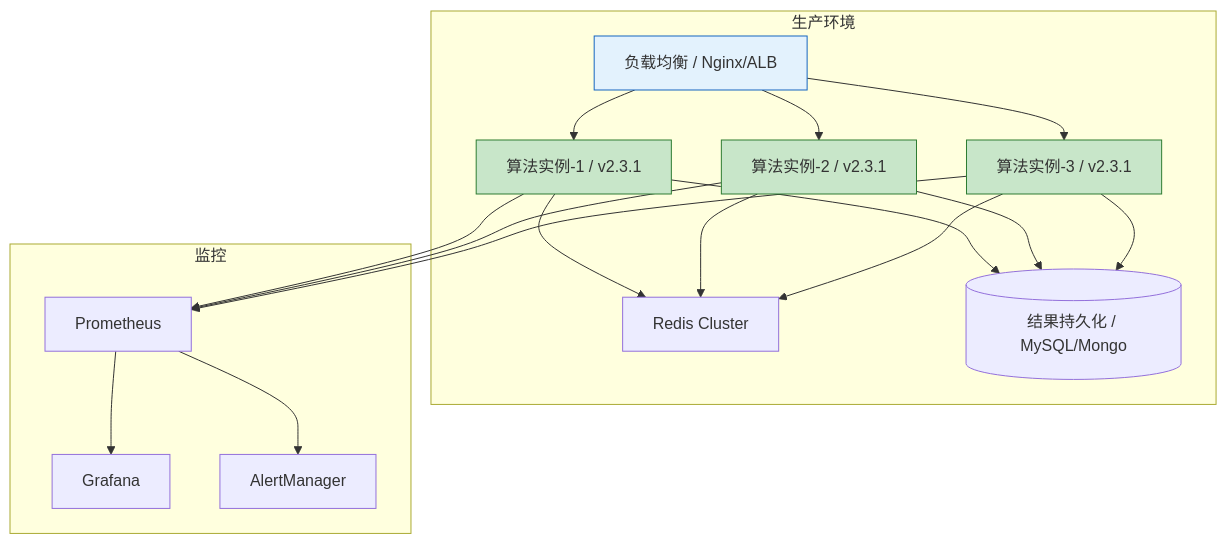
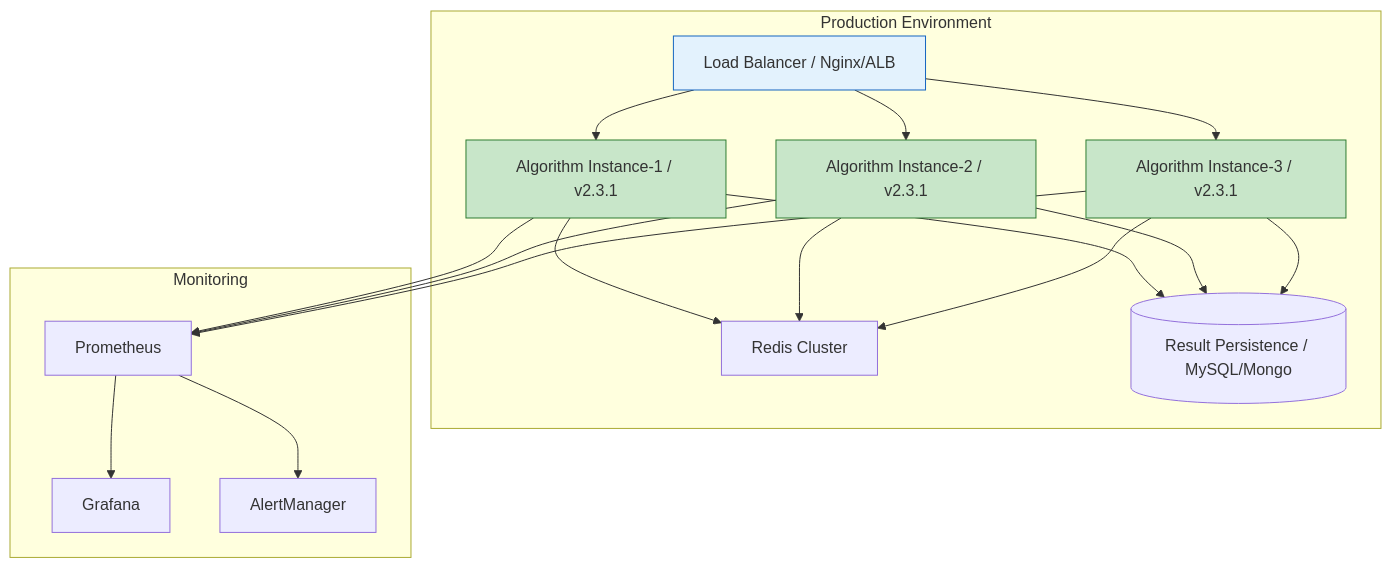
One commit to Kirky-X/cangjie changed the ninth of 10 diagrams in templates/产品/技术层/【模板】核心算法文档.md. Above: the diagram before and after it, drawn with Mermaid. The commit also changed other lines of this file and 46 other files, not shown here.

````diff
--- a/templates/产品/技术层/【模板】核心算法文档.md
+++ b/templates/产品/技术层/【模板】核心算法文档.md
@@ -850,38 +850,38 @@
 ```mermaid
 graph TB
-    subgraph 生产环境
-        LB[负载均衡 / Nginx/ALB]
-        S1[算法实例-1 / v2.3.1]
-        S2[算法实例-2 / v2.3.1]
-        S3[算法实例-3 / v2.3.1]
+    subgraph Production Environment
+        LB[Load Balancer / Nginx/ALB]
+        S1[Algorithm Instance-1 / v2.3.1]
+        S2[Algorithm Instance-2 / v2.3.1]
+        S3[Algorithm Instance-3 / v2.3.1]
         Cache[Redis Cluster]
-        DB[(结果持久化 / MySQL/Mongo)]
+        DB[(Result Persistence / MySQL/Mongo)]
     end
 
-    subgraph 监控
+    subgraph Monitoring
         Prom[Prometheus]
         Graf[Grafana]
         Alert[AlertManager]
     end
 
     LB --> S1
     LB --> S2
     LB --> S3
     S1 --> Cache
     S2 --> Cache
     S3 --> Cache
     S1 --> DB
     S2 --> DB
     S3 --> DB
 
     S1 --> Prom
     S2 --> Prom
     S3 --> Prom
     Prom --> Graf
     Prom --> Alert
 
     style LB fill:#e3f2fd,stroke:#1565c0
     style S1 fill:#c8e6c9,stroke:#2e7d32
     style S2 fill:#c8e6c9,stroke:#2e7d32
     style S3 fill:#c8e6c9,stroke:#2e7d32
 ```
````
